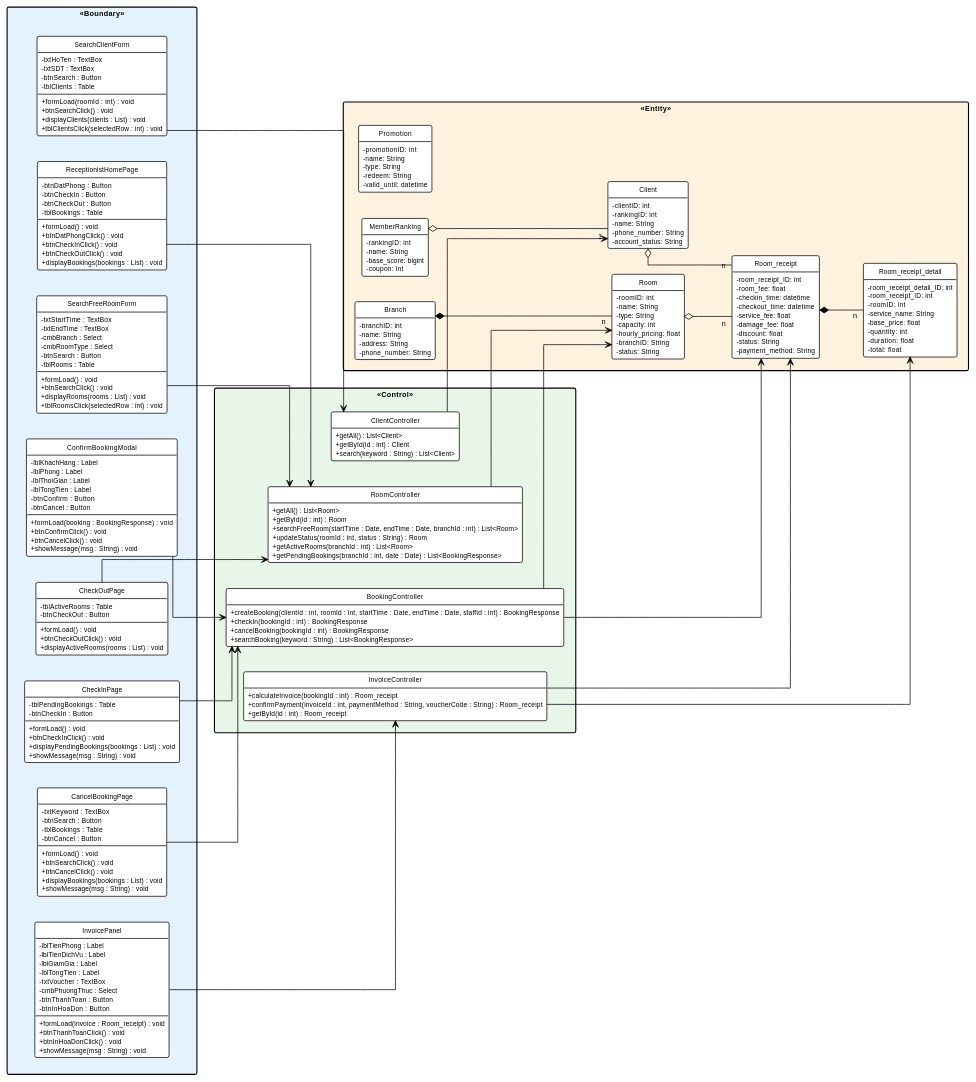
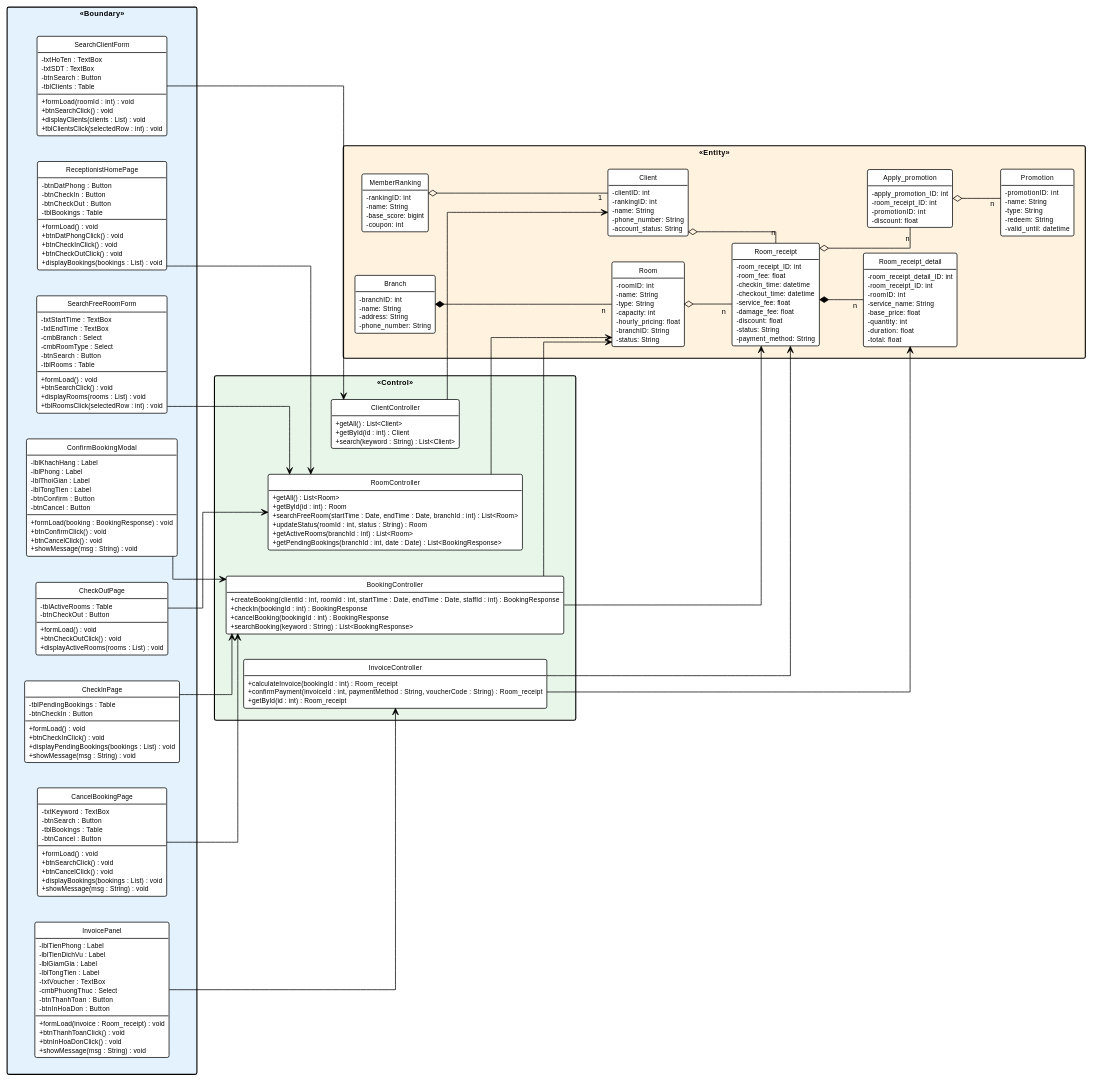
One commit to thanhtrnnn/cnpm changed the diagram in docs/tabs/section-booking-iii.3.2.md. Above: the diagram before and after it, drawn with PlantUML. The commit also changed other lines of this file and 3 other files, not shown here.

First line of the commit message:
fix: entity/MVC classes match Google Docs - Customer to Client, add Apply_promotion

```diff
--- a/docs/tabs/section-booking-iii.3.2.md
+++ b/docs/tabs/section-booking-iii.3.2.md
@@ -381,6 +382,12 @@
     -base_score: bigint
     -coupon: int
   }
+  class Apply_promotion {
+    -apply_promotion_ID: int
+    -room_receipt_ID: int
+    -promotionID: int
+    -discount: float
+  }
 }
 
 ' Boundary -> Control
@@ -405,6 +412,8 @@
 Branch *-- "n" Room
 MemberRanking o-- "1" Client
 Room_receipt *-- "n" Room_receipt_detail
+Room_receipt o-- "n" Apply_promotion
+Apply_promotion o-- "n" Promotion
 Client o-- "n" Room_receipt
 Room o-- "n" Room_receipt
 @enduml
```
